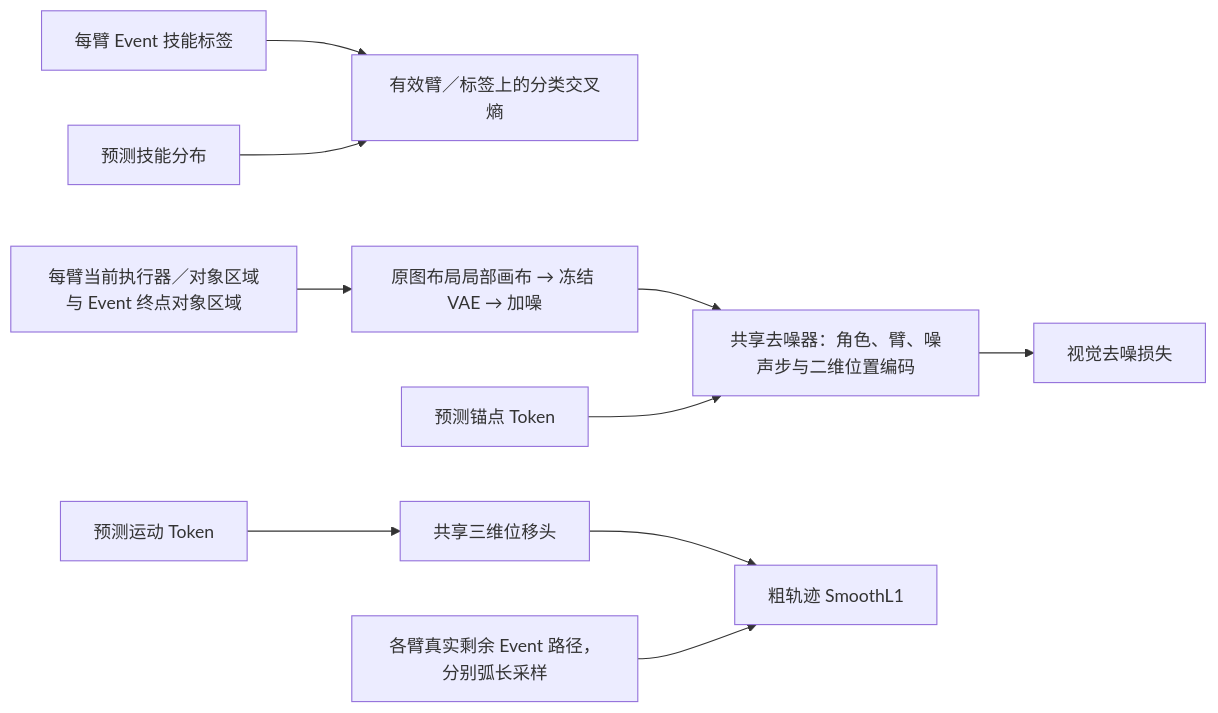
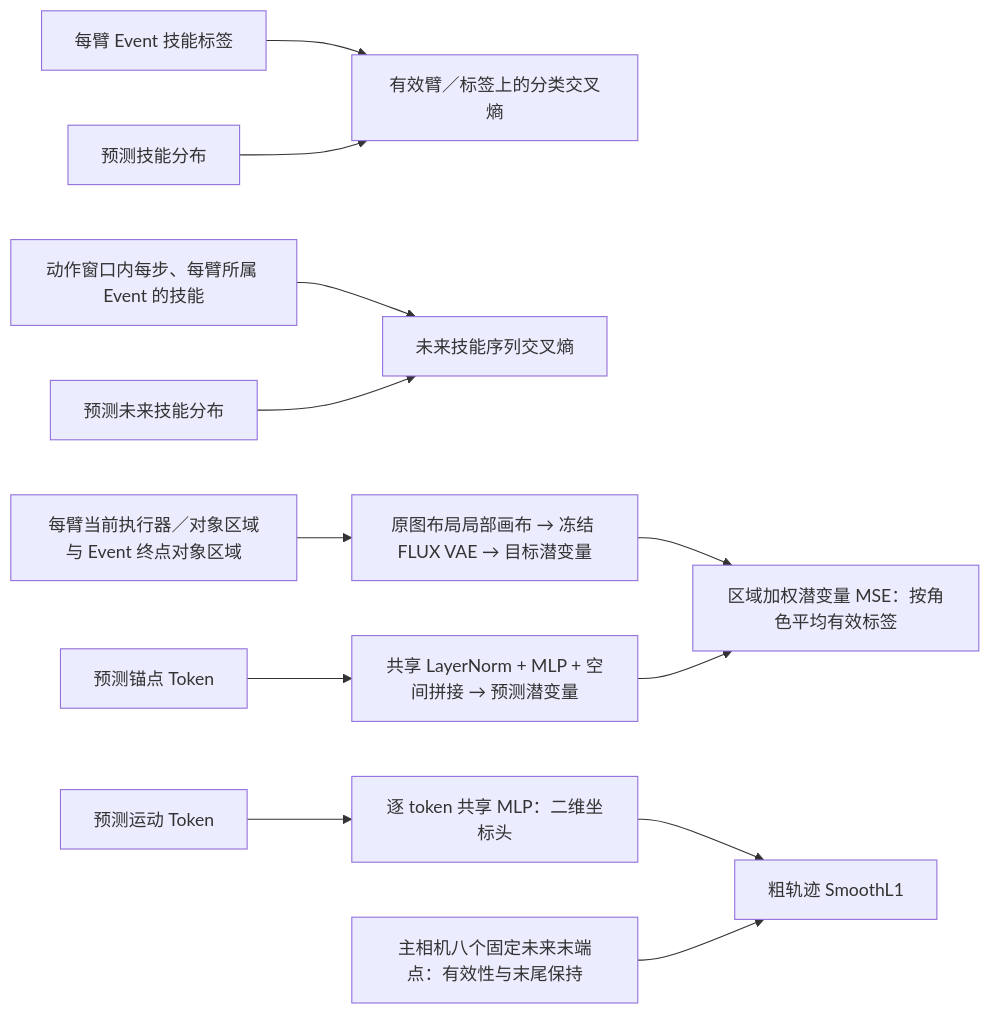
One commit to lyk-nju/ESkill-VLA changed the second of 2 diagrams in docs/design.md. Above: the diagram before and after it, drawn with Mermaid. The commit also changed other lines of this file and 289 other files, not shown here.

````diff
--- a/docs/design.md
+++ b/docs/design.md
@@ -49,12 +62,14 @@
 ```mermaid
 flowchart LR
     LABEL["每臂 Event 技能标签"] --> CE["有效臂／标签上的分类交叉熵"]
     LOGIT["预测技能分布"] --> CE
-    ROI["每臂当前执行器／对象区域与 Event 终点对象区域"] --> ENC["原图布局局部画布 → 冻结 VAE → 加噪"]
-    ENC --> DEN["共享去噪器：角色、臂、噪声步与二维位置编码"]
-    target_grounding["预测锚点 Token"] --> DEN
-    DEN --> LG["视觉去噪损失"]
-    latent_motion["预测运动 Token"] --> HEAD["共享三维位移头"]
+    FLABEL["动作窗口内每步、每臂所属 Event 的技能"] --> FCE["未来技能序列交叉熵"]
+    FLOGIT["预测未来技能分布"] --> FCE
+    ROI["每臂当前执行器／对象区域与 Event 终点对象区域"] --> ENC["原图布局局部画布 → 冻结 FLUX VAE → 目标潜变量"]
+    target_grounding["预测锚点 Token"] --> PROJ["共享 LayerNorm + MLP + 空间拼接 → 预测潜变量"]
+    ENC --> LG["区域加权潜变量 MSE：按角色平均有效标签"]
+    PROJ --> LG
+    latent_motion["预测运动 Token"] --> HEAD["逐 token 共享 MLP：二维坐标头"]
     HEAD --> LM["粗轨迹 SmoothL1"]
-    TRACE["各臂真实剩余 Event 路径，分别弧长采样"] --> LM
+    TRACE["主相机八个固定未来末端点：有效性与末尾保持"] --> LM
 ```
````
